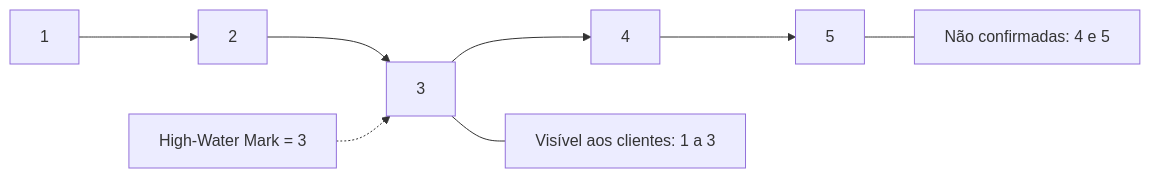
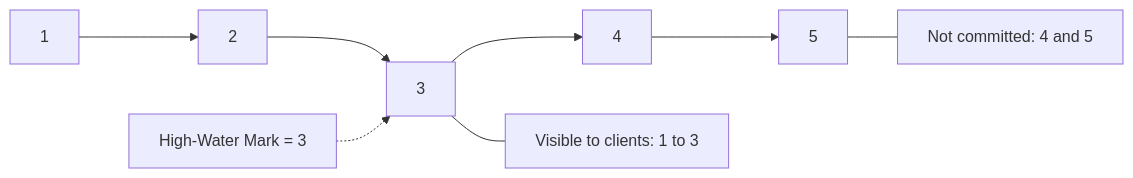
Before and after one commit to alancesar/design-patterns: the diagram in docs/architecture/distributed-systems/data-replication/high-water-mark.md, drawn with Mermaid. The commit also changed 258 other files, not shown here.

First line of the commit message:
Translate Mermaid diagrams to English

````diff
--- a/docs/architecture/distributed-systems/data-replication/high-water-mark.md
+++ b/docs/architecture/distributed-systems/data-replication/high-water-mark.md
@@ -52,7 +52,7 @@
 ```mermaid
 flowchart LR
     E1["1"] --> E2["2"] --> E3["3"] --> E4["4"] --> E5["5"]
     HW["High-Water Mark = 3"] -.-> E3
-    E3 --- V["Visível aos clientes: 1 a 3"]
-    E5 --- N["Não confirmadas: 4 e 5"]
+    E3 --- V["Visible to clients: 1 to 3"]
+    E5 --- N["Not committed: 4 and 5"]
 ```
````
